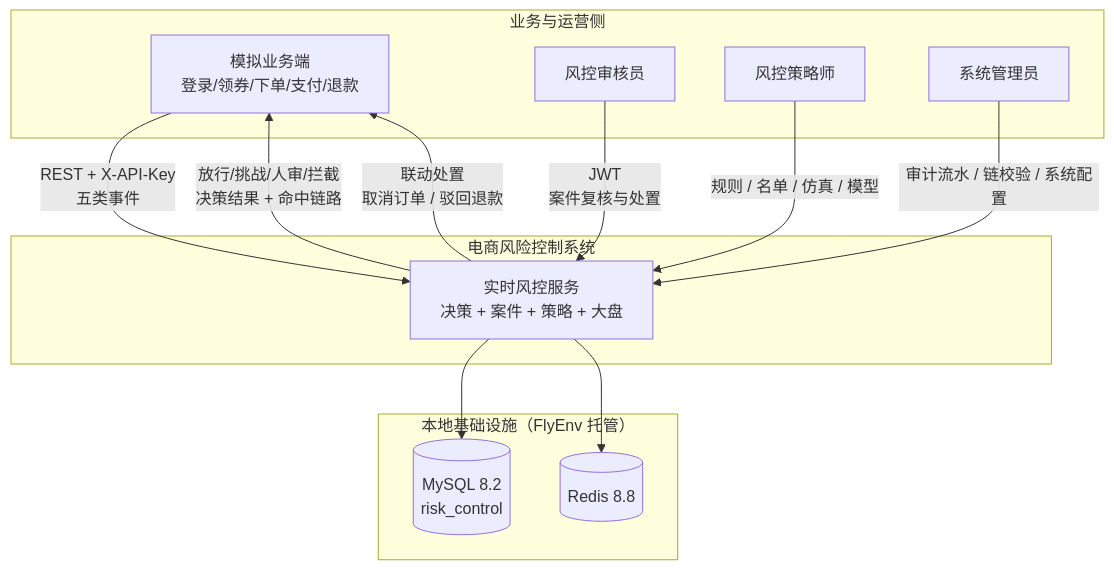
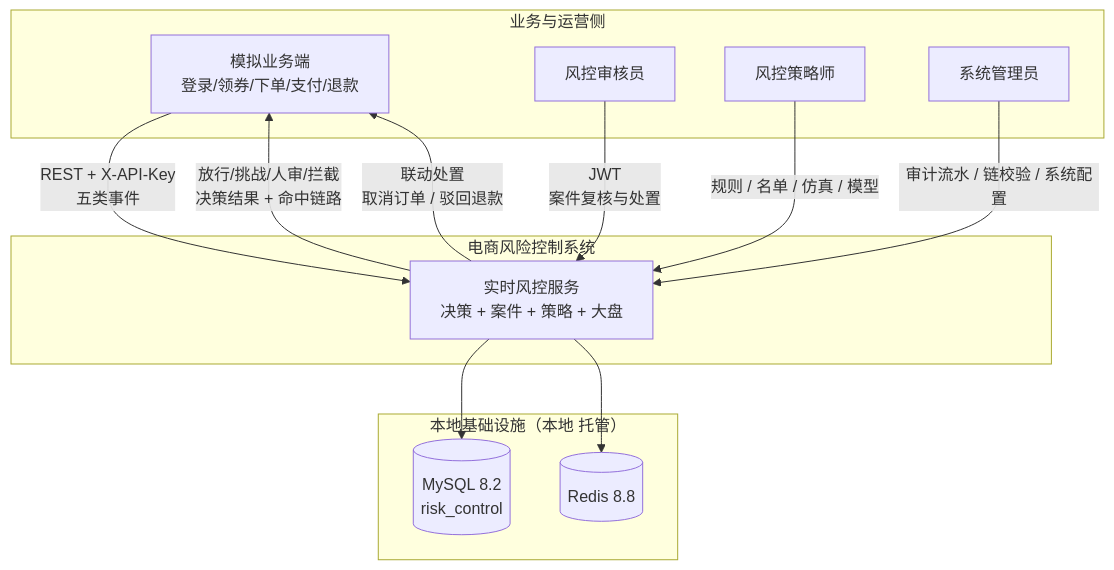
The second of 13 diagrams in docs/ARCHITECTURE.md (of53052/commerce-risk-control-system), drawn with Mermaid before and after one commit. The commit also changed other lines of this file and 1 other file, not shown here.

Commit message:
docs: 图例统一到配色规范表，移除图内图例子图（确保单图节点数不超上限）

````diff
--- a/docs/ARCHITECTURE.md
+++ b/docs/ARCHITECTURE.md
@@ -99,29 +100,29 @@
 ```mermaid
 flowchart TB
   subgraph actors["业务与运营侧"]
     BIZ["模拟业务端<br/>登录/领券/下单/支付/退款"]
     AUD["风控审核员"]
     STR["风控策略师"]
     ADM["系统管理员"]
   end
 
   subgraph system["电商风险控制系统"]
     RC["实时风控服务<br/>决策 + 案件 + 策略 + 大盘"]
   end
 
-  subgraph infra["本地基础设施（FlyEnv 托管）"]
+  subgraph infra["本地基础设施（本地 托管）"]
     DB[("MySQL 8.2<br/>risk_control")]
     RDS[("Redis 8.8")]
   end
 
   BIZ -->|"REST + X-API-Key<br/>五类事件"| RC
   RC -->|"放行/挑战/人审/拦截<br/>决策结果 + 命中链路"| BIZ
   RC -->|"联动处置<br/>取消订单 / 驳回退款"| BIZ
 
   AUD -->|"JWT<br/>案件复核与处置"| RC
   STR -->|"规则 / 名单 / 仿真 / 模型"| RC
   ADM -->|"审计流水 / 链校验 / 系统配置"| RC
 
   RC --> DB
   RC --> RDS
 ```
````
